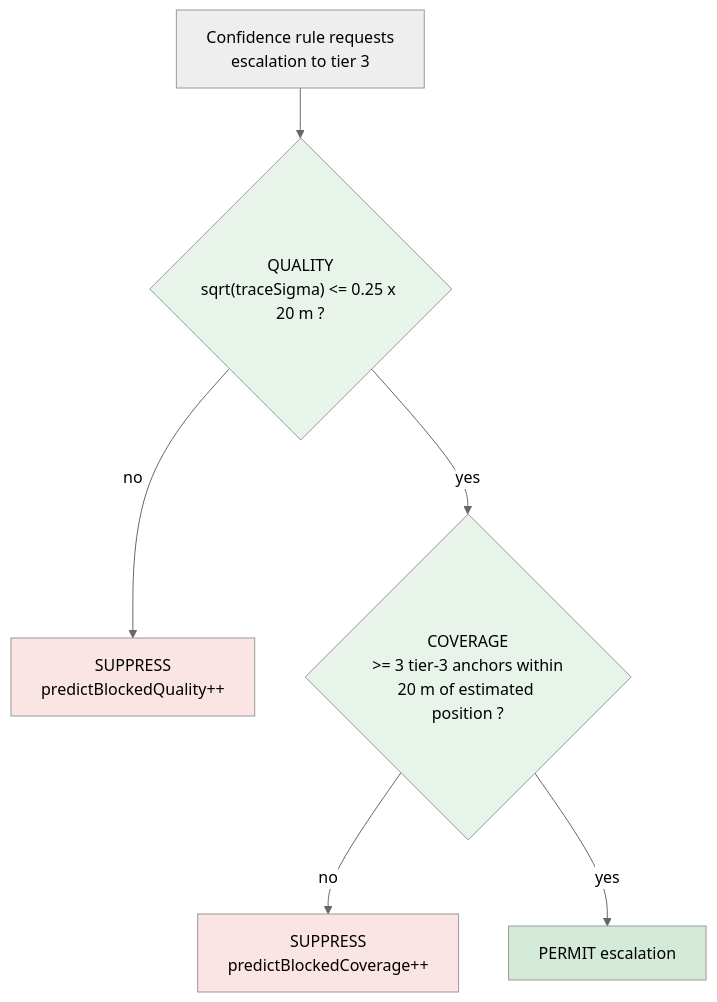
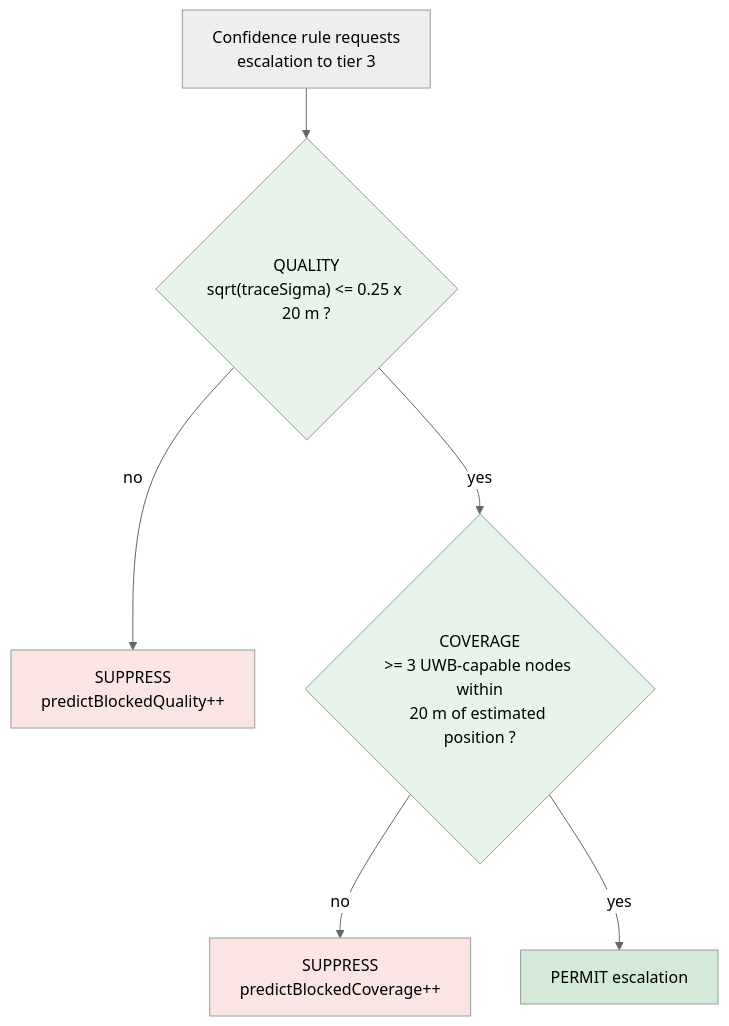
The third of 4 diagrams in Simulation.md (YKushal-hub/ca-tbl-localization), drawn with Mermaid (neutral theme) before and after one commit. The commit also changed other lines of this file and 3 other files, not shown here.

````diff
--- a/Simulation.md
+++ b/Simulation.md
@@ -299,13 +323,13 @@
 ```mermaid
 flowchart TD
     A["Confidence rule requests<br/>escalation to tier 3"] --> B{"QUALITY<br/>sqrt(traceSigma) <= 0.25 x 20 m ?"}
     B -->|no| S["SUPPRESS<br/>predictBlockedQuality++"]
-    B -->|yes| C{"COVERAGE<br/>>= 3 tier-3 anchors within<br/>20 m of estimated position ?"}
+    B -->|yes| C{"COVERAGE<br/>>= 3 UWB-capable nodes within<br/>20 m of estimated position ?"}
     C -->|no| S2["SUPPRESS<br/>predictBlockedCoverage++"]
     C -->|yes| D["PERMIT escalation"]
     style B fill:#e8f4ea
     style C fill:#e8f4ea
     style D fill:#d4ead9
     style S fill:#fbe4e4
     style S2 fill:#fbe4e4
 ```
````
